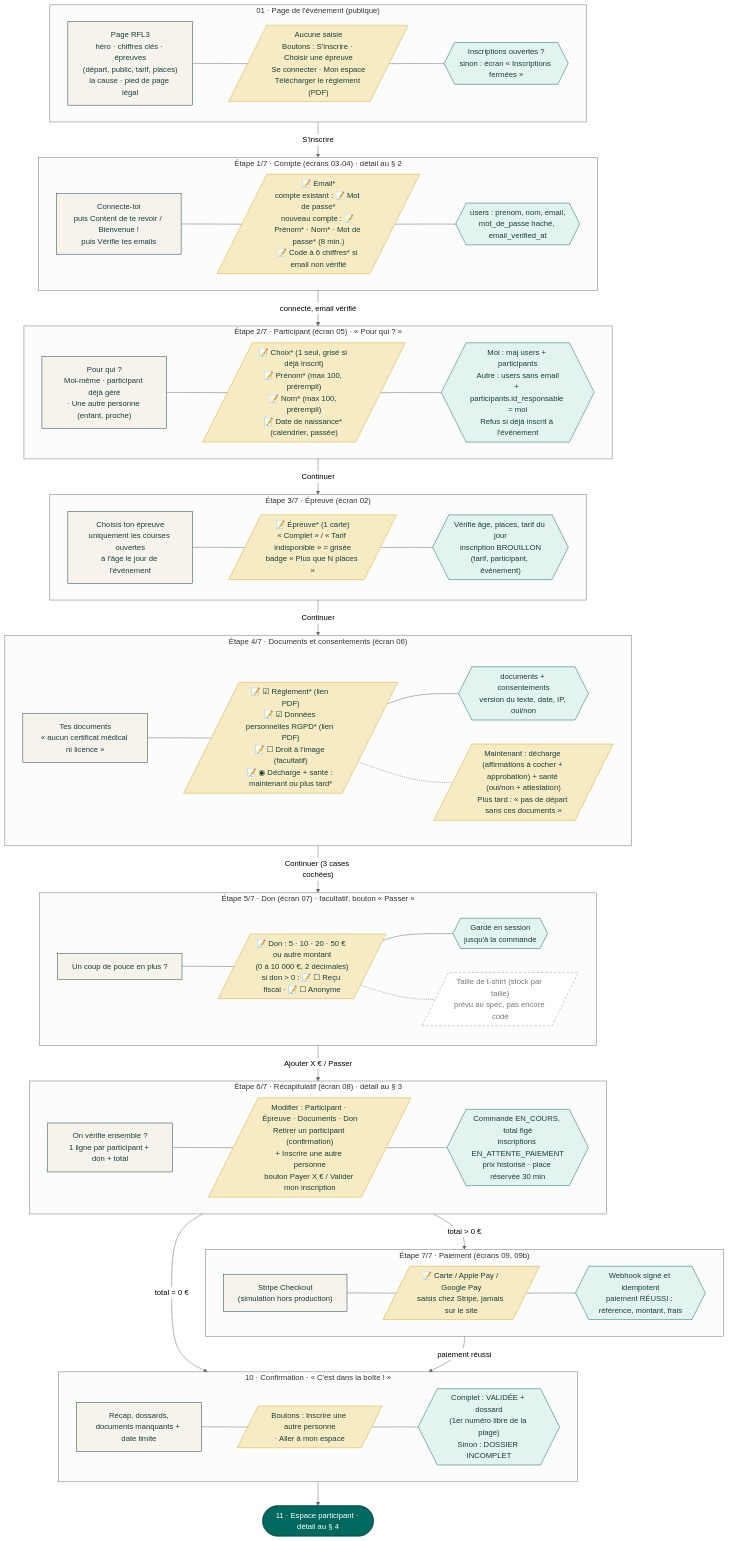
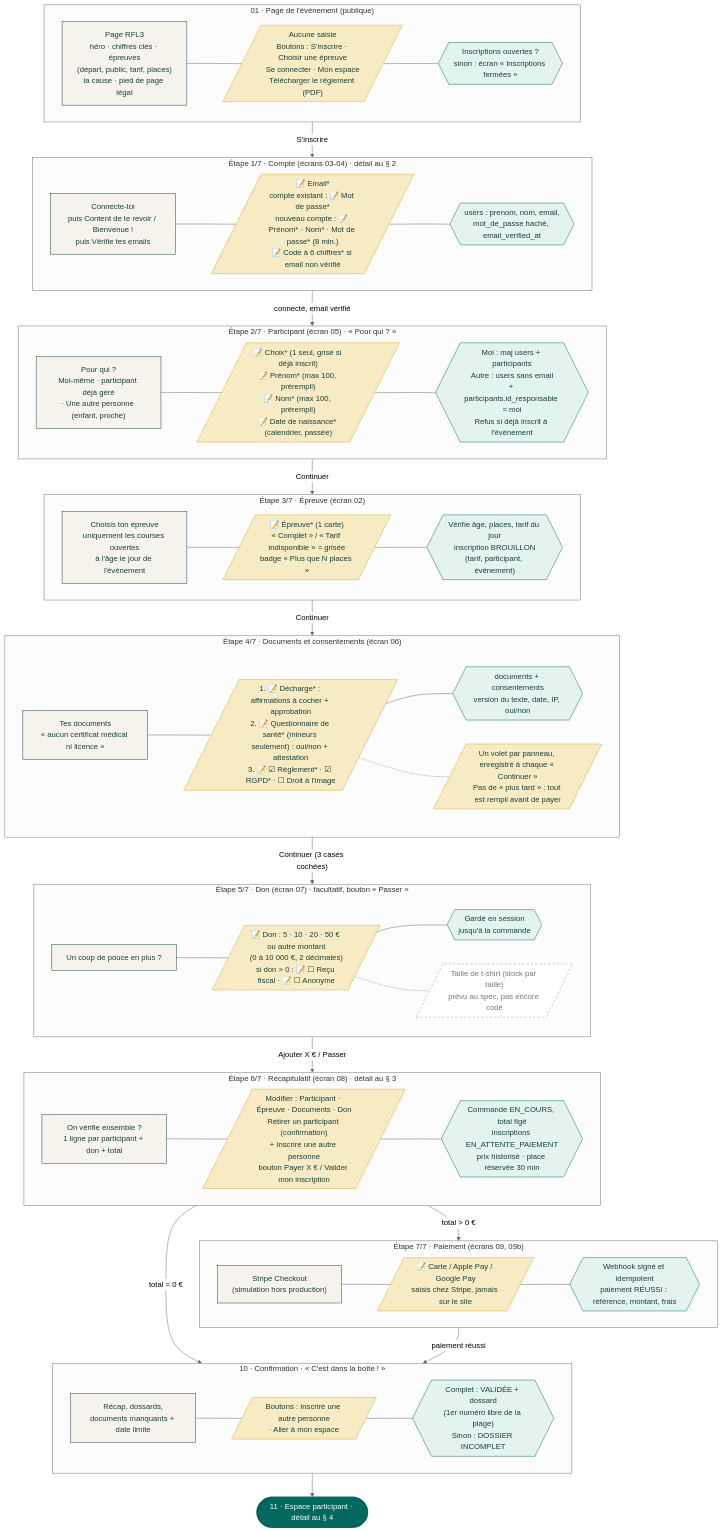
The first of 5 diagrams in docs/parcours-utilisateur.md (OanHamon/Run_For_Lorene), drawn with Mermaid (neutral theme) before and after one commit. The commit also changed 14 other files, not shown here.

First line of the commit message:
Documents du tunnel en trois volets : décharge, santé (mineurs), conditions

```diff
--- a/docs/parcours-utilisateur.md
+++ b/docs/parcours-utilisateur.md
@@ -61,9 +61,9 @@
     subgraph S4["Étape 4/7 · Documents et consentements (écran 06)"]
         direction LR
         E4["Tes documents<br/>« aucun certificat médical ni licence »"]:::ecran
-        D4[/"📝 ☑ Règlement* (lien PDF)<br/>📝 ☑ Données personnelles RGPD* (lien PDF)<br/>📝 ☐ Droit à l'image (facultatif)<br/>📝 ◉ Décharge + santé : maintenant ou plus tard*"/]:::saisie
+        D4[/"1. 📝 Décharge* : affirmations à cocher + approbation<br/>2. 📝 Questionnaire de santé* (mineurs seulement) : oui/non + attestation<br/>3. 📝 ☑ Règlement* · ☑ RGPD* · ☐ Droit à l'image"/]:::saisie
         V4{{"documents + consentements<br/>version du texte, date, IP, oui/non"}}:::serveur
-        P4[/"Maintenant : décharge (affirmations à cocher + approbation) + santé (oui/non + attestation)<br/>Plus tard : « pas de départ sans ces documents »"/]:::saisie
+        P4[/"Un volet par panneau, enregistré à chaque « Continuer »<br/>Pas de « plus tard » : tout est rempli avant de payer"/]:::saisie
         E4 --- D4 --- V4
         D4 -.- P4
     end
```
